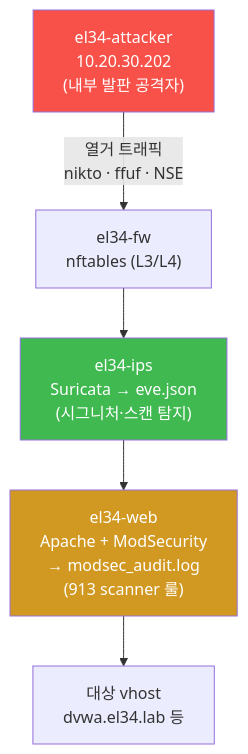
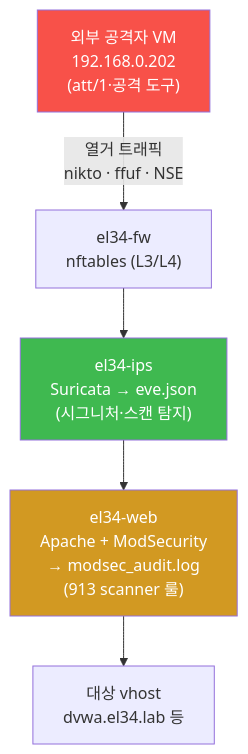
Before and after one commit to mrgrit/tw2: the fourth of 6 diagrams in contents/training/attack/lecture_week02.md, drawn with Mermaid. The commit also changed other lines of this file and 304 other files, not shown here.

````diff
--- a/contents/training/attack/lecture_week02.md
+++ b/contents/training/attack/lecture_week02.md
@@ -164,11 +164,11 @@
 ```mermaid
 graph TD
-    ATT["el34-attacker<br/>10.20.30.202<br/>(내부 발판 공격자)"]
+    ATT["외부 공격자 VM<br/>192.168.0.202<br/>(att/1·공격 도구)"]
     ATT -->|"열거 트래픽<br/>nikto · ffuf · NSE"| FW["el34-fw<br/>nftables (L3/L4)"]
     FW --> IPS["el34-ips<br/>Suricata → eve.json<br/>(시그니처·스캔 탐지)"]
     IPS --> WEB["el34-web<br/>Apache + ModSecurity<br/>→ modsec_audit.log<br/>(913 scanner 룰)"]
     WEB --> TGT["대상 vhost<br/>dvwa.el34.lab 등"]
     style ATT fill:#f85149,color:#fff
     style IPS fill:#3fb950,color:#fff
     style WEB fill:#d29922,color:#fff
 ```
````
